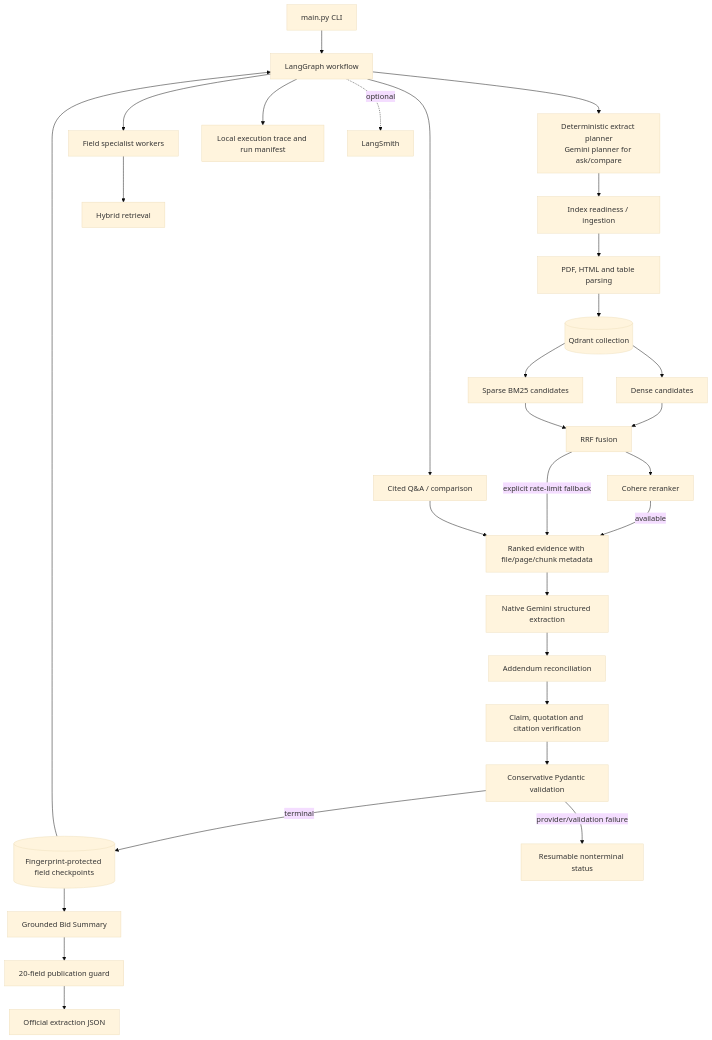
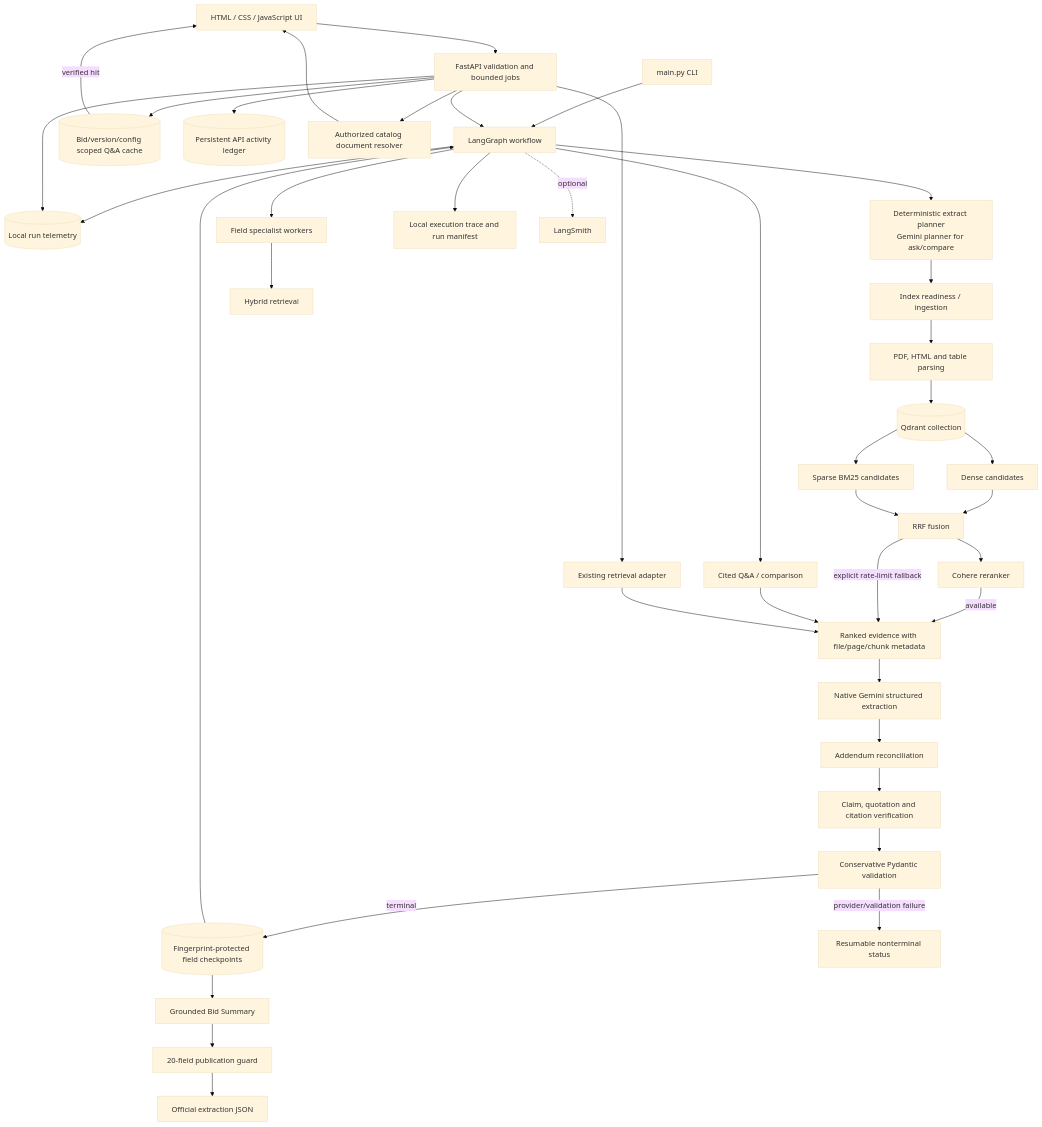
Before and after one commit to ShivajiChatterjee/emplay-rfp-intelligence: the diagram in docs/architecture.md, drawn with Mermaid (base theme). The commit also changed other lines of this file and 24 other files, not shown here.

Commit message:
Add FastAPI web interface, semantic caching and observability

````diff
--- a/docs/architecture.md
+++ b/docs/architecture.md
@@ -3,35 +3,46 @@
 ```mermaid
 flowchart TD
+    UI[HTML / CSS / JavaScript UI] --> API[FastAPI validation and bounded jobs]
     CLI[main.py CLI] --> LG[LangGraph workflow]
+    API --> LG
+    API --> SEARCH[Existing retrieval adapter]
+    API --> CACHE[(Bid/version/config scoped Q&A cache)]
+    API --> ACTIVITY[(Persistent API activity ledger)]
+    CACHE -->|verified hit| UI
+    LG --> TELEMETRY[(Local run telemetry)]
+    API --> TELEMETRY
     LG --> PLAN[Deterministic extract planner\nGemini planner for ask/compare]
     PLAN --> READY[Index readiness / ingestion]
     READY --> PARSE[PDF, HTML and table parsing]
     PARSE --> QD[(Qdrant collection)]
 
     LG --> WORKERS[Field specialist workers]
     WORKERS --> RET[Hybrid retrieval]
     QD --> DENSE[Dense candidates]
     QD --> BM25[Sparse BM25 candidates]
     DENSE --> RRF[RRF fusion]
     BM25 --> RRF
     RRF --> COHERE[Cohere reranker]
     COHERE -->|available| EVIDENCE[Ranked evidence with file/page/chunk metadata]
     RRF -->|explicit rate-limit fallback| EVIDENCE
 
     EVIDENCE --> GEMINI[Native Gemini structured extraction]
     GEMINI --> RECON[Addendum reconciliation]
     RECON --> VERIFY[Claim, quotation and citation verification]
     VERIFY --> VALIDATE[Conservative Pydantic validation]
     VALIDATE -->|terminal| CHECKPOINT[(Fingerprint-protected field checkpoints)]
     VALIDATE -->|provider/validation failure| RESUME[Resumable nonterminal status]
     CHECKPOINT --> LG
 
     CHECKPOINT --> SUMMARY[Grounded Bid Summary]
     SUMMARY --> GUARD[20-field publication guard]
     GUARD --> JSON[Official extraction JSON]
     LG --> TRACE[Local execution trace and run manifest]
     LG -. optional .-> LS[LangSmith]
 
     LG --> QA[Cited Q&A / comparison]
     QA --> EVIDENCE
+    SEARCH --> EVIDENCE
+    API --> DOCS[Authorized catalog document resolver]
+    DOCS --> UI
 ```
````
